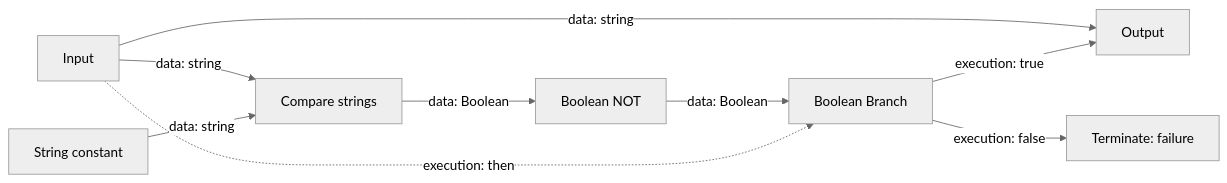
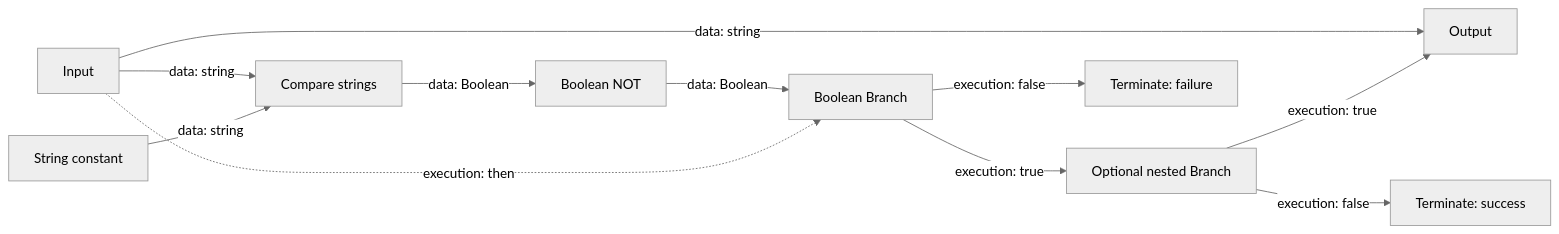
Before and after one commit to gnalvesteffer/visual-agent-workflow: the first of 5 diagrams in docs/graph-values.md, drawn with Mermaid (neutral theme). The commit also changed other lines of this file and 13 other files, not shown here.

````diff
--- a/docs/graph-values.md
+++ b/docs/graph-values.md
@@ -5,11 +5,13 @@
 ```mermaid
 flowchart LR
     Input[Input] -->|data: string| Compare[Compare strings]
     Expected[String constant] -->|data: string| Compare
     Compare -->|data: Boolean| Not[Boolean NOT]
     Not -->|data: Boolean| Branch[Boolean Branch]
     Input -.->|execution: then| Branch
     Input -->|data: string| Output[Output]
-    Branch -->|execution: true| Output
+    Branch -->|execution: true| Next[Optional nested Branch]
     Branch -->|execution: false| Failure[Terminate: failure]
+    Next -->|execution: true| Output
+    Next -->|execution: false| Success[Terminate: success]
 ```
````
